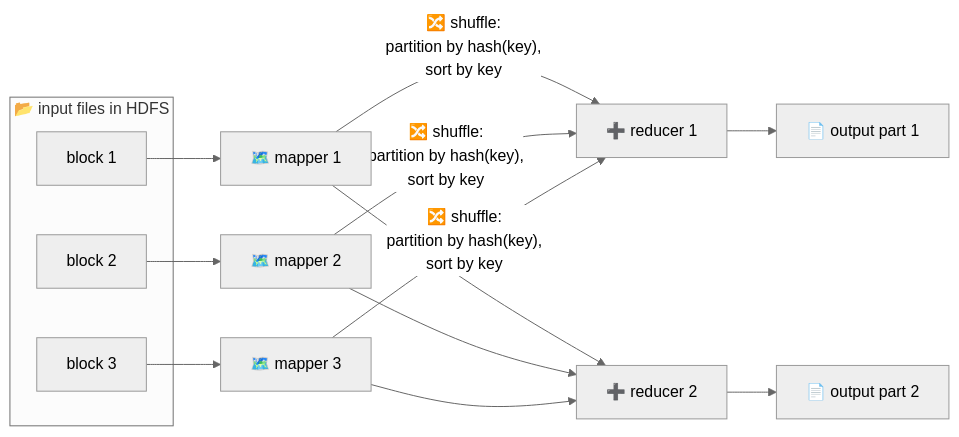
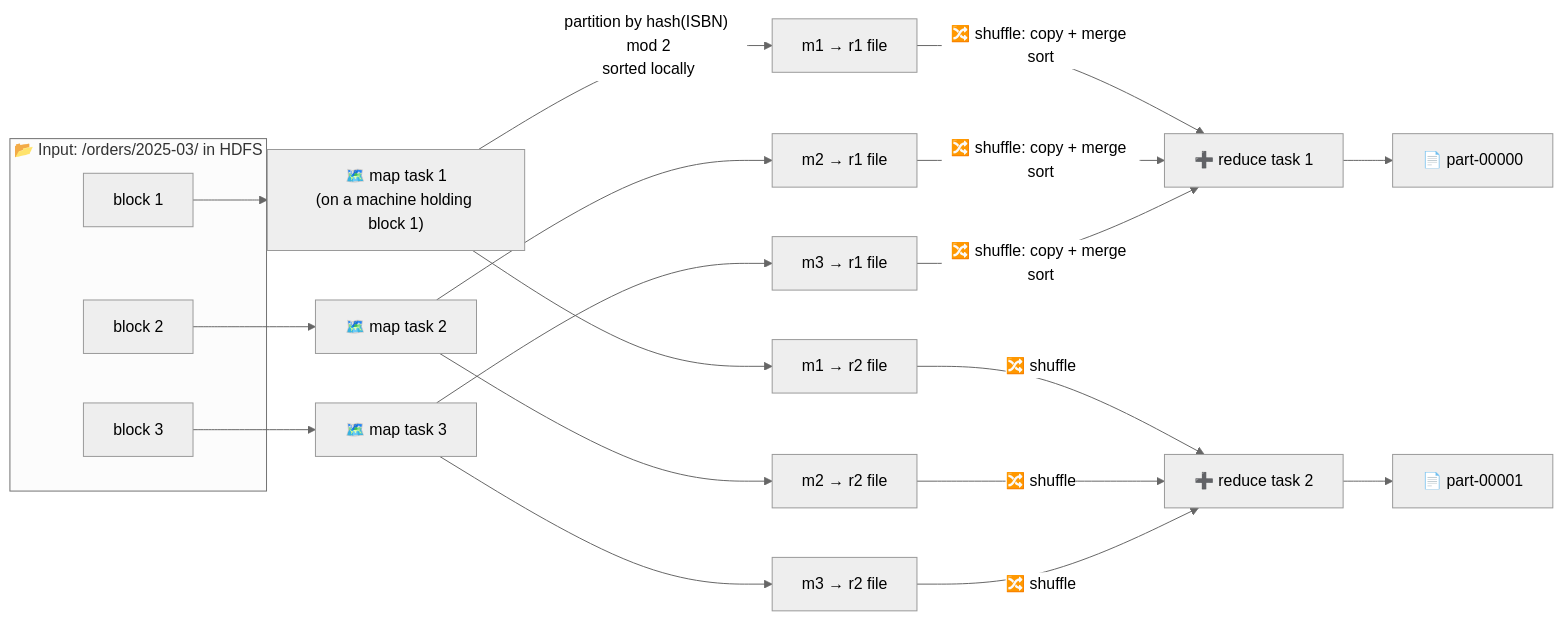
Before and after one commit to pratikguru998/ddia-book: the tenth of 34 diagrams in docs/chapters/part-3/10-batch-processing.mdx, drawn with Mermaid (neutral theme). The commit also changed other lines of this file and 13 other files, not shown here.

Commit message:
Expand all 12 chapters: every book subsection, deeper notes, ~320 diagrams

````diff
--- a/docs/chapters/part-3/10-batch-processing.mdx
+++ b/docs/chapters/part-3/10-batch-processing.mdx
@@ -71,15 +344,21 @@
 ```mermaid
 flowchart LR
-  subgraph IN["📂 input files in HDFS"]
+  subgraph IN["📂 Input: /orders/2025-03/ in HDFS"]
     I1["block 1"]
     I2["block 2"]
     I3["block 3"]
   end
-  I1 --> M1["🗺️ mapper 1"]
-  I2 --> M2["🗺️ mapper 2"]
-  I3 --> M3["🗺️ mapper 3"]
-  M1 & M2 & M3 -->|"🔀 shuffle:<br/>partition by hash(key),<br/>sort by key"| R1["➕ reducer 1"]
-  M1 & M2 & M3 --> R2["➕ reducer 2"]
-  R1 --> O1["📄 output part 1"]
-  R2 --> O2["📄 output part 2"]
+  I1 --> M1["🗺️ map task 1<br/>(on a machine holding block 1)"]
+  I2 --> M2["🗺️ map task 2"]
+  I3 --> M3["🗺️ map task 3"]
+  M1 -->|"partition by hash(ISBN) mod 2<br/>sorted locally"| P11["m1 → r1 file"]
+  M1 --> P12["m1 → r2 file"]
+  M2 --> P21["m2 → r1 file"]
+  M2 --> P22["m2 → r2 file"]
+  M3 --> P31["m3 → r1 file"]
+  M3 --> P32["m3 → r2 file"]
+  P11 & P21 & P31 -->|"🔀 shuffle: copy + merge sort"| R1["➕ reduce task 1"]
+  P12 & P22 & P32 -->|"🔀 shuffle"| R2["➕ reduce task 2"]
+  R1 --> O1["📄 part-00000"]
+  R2 --> O2["📄 part-00001"]
 ```
````
